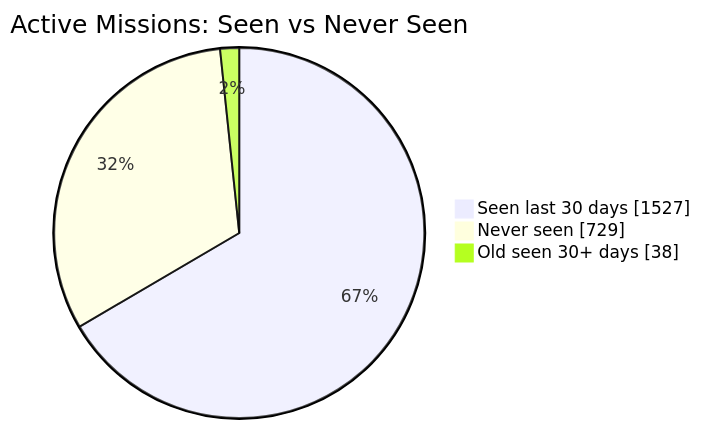
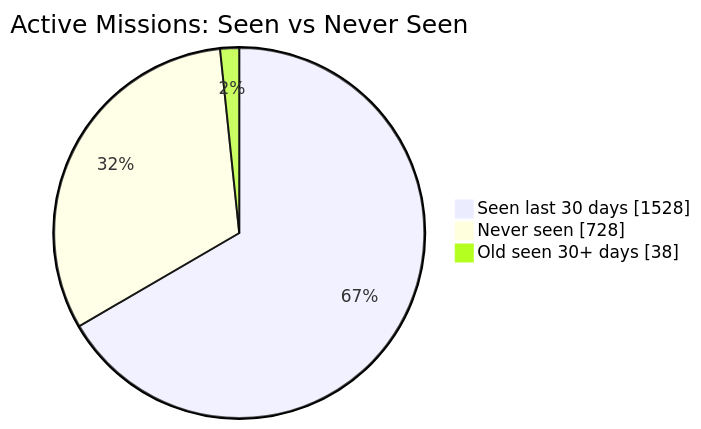
The first of 2 diagrams in README.md (MeldkamerspelGameTeam/active-missions), drawn with Mermaid before and after one commit. The commit also changed other lines of this file and 3 other files, not shown here.

````diff
--- a/README.md
+++ b/README.md
@@ -34,7 +34,7 @@
 ```mermaid
 pie showData
     title Active Missions: Seen vs Never Seen
-    "Seen last 30 days" : 1527
-    "Never seen" : 729
+    "Seen last 30 days" : 1528
+    "Never seen" : 728
     "Old seen 30+ days" : 38
 ```
````
